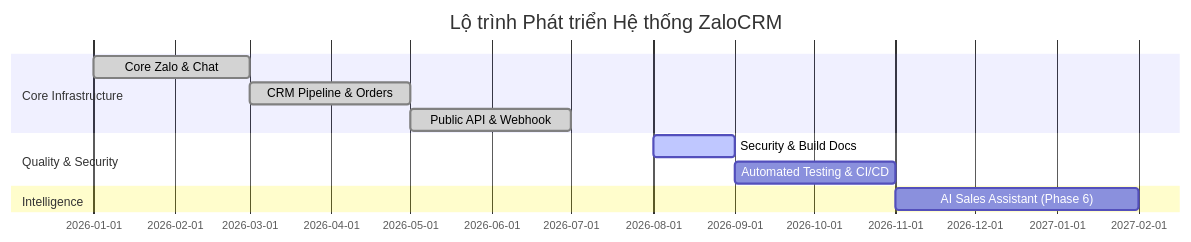
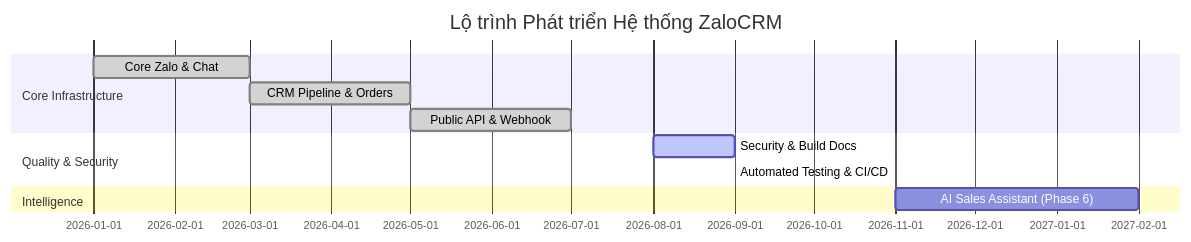
Before and after one commit to duynghien/ZaloCRM: the diagram in docs/project-roadmap.md, drawn with Mermaid. The commit also changed other lines of this file and 2 other files, not shown here.

Commit message:
docs(audit): sync architecture and roadmap notes

````diff
--- a/docs/project-roadmap.md
+++ b/docs/project-roadmap.md
@@ -7,14 +7,14 @@
 ```mermaid
 gantt
     title Lộ trình Phát triển Hệ thống ZaloCRM
     dateFormat  YYYY-MM
     section Core Infrastructure
     Core Zalo & Chat           :done,    des1, 2026-01, 2026-03
     CRM Pipeline & Orders      :done,    des2, 2026-03, 2026-05
     Public API & Webhook       :done,    des3, 2026-05, 2026-07
     section Quality & Security
     Security & Build Docs      :active,  des4, 2026-08, 2026-09
-    Automated Testing & CI/CD  :         des5, 2026-09, 2026-11
+    Automated Testing & CI/CD  :done,    des5, 2026-09, 2026-09
     section Intelligence
     AI Sales Assistant (Phase 6):        des6, 2026-11, 2027-02
 ```
````
